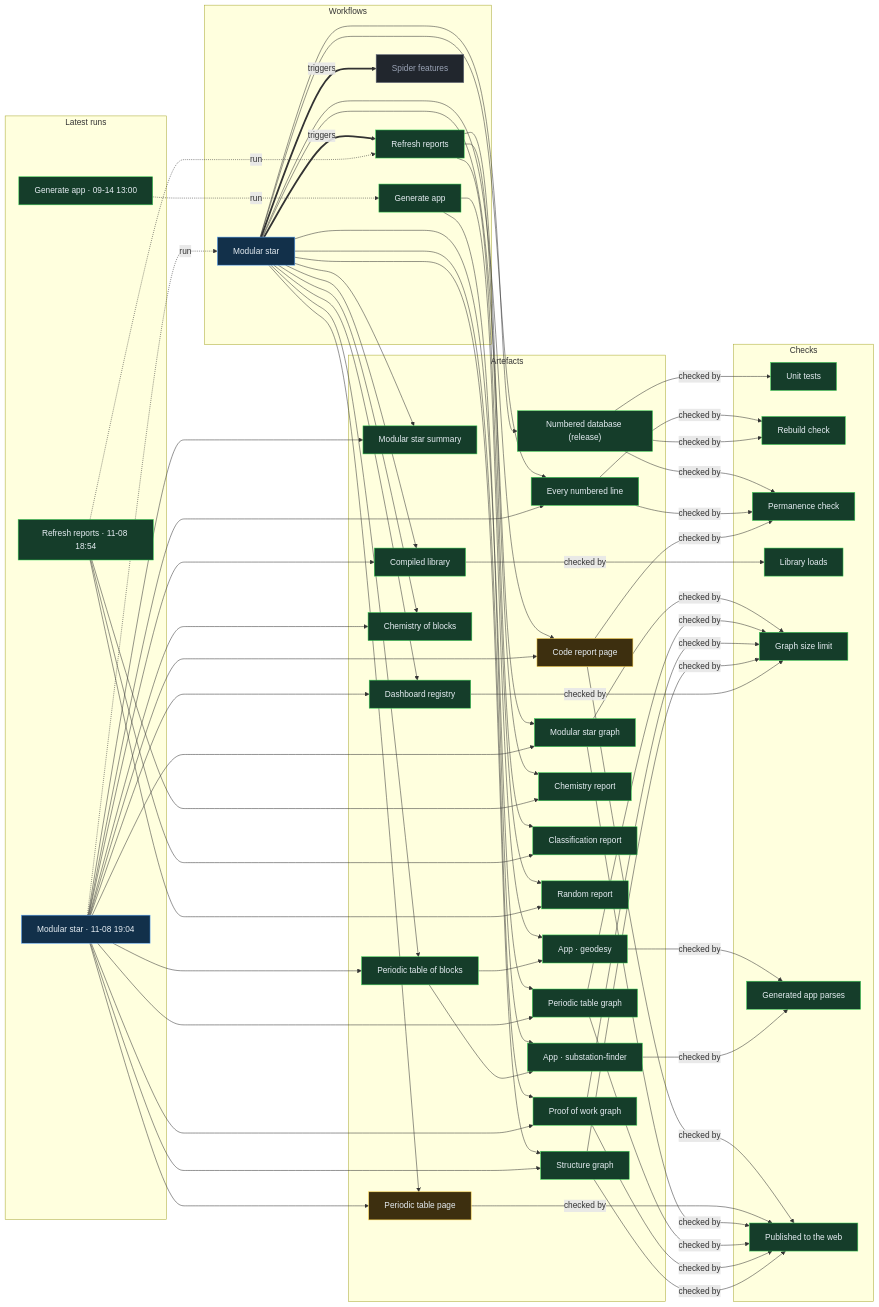
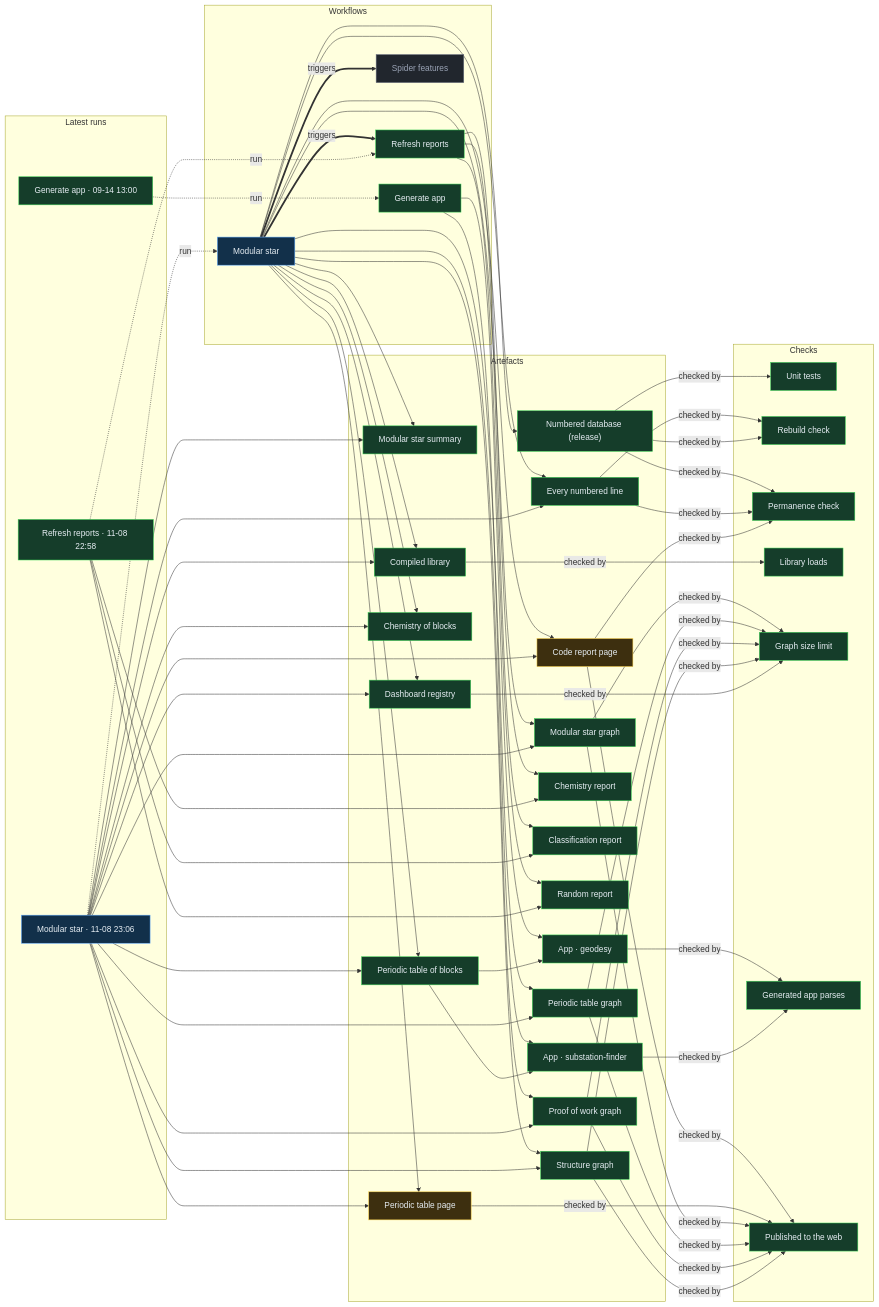
One commit to Ventusltd/stars changed the diagram in proof/PROOF.md. Above: the diagram before and after it, drawn with Mermaid. The commit also changed other lines of this file and 49 other files, not shown here.

Commit message:
Modular star 2026-11-08T23:08Z

```diff
--- a/proof/PROOF.md
+++ b/proof/PROOF.md
@@ -24,8 +24,8 @@
   n_wf_spider_features["Spider features"]:::off
   end
   subgraph g_runs["Latest runs"]
-  n_run_42513198892["Modular star · 11-08 19:04"]:::live
-  n_run_42512297762["Refresh reports · 11-08 18:54"]:::ok
+  n_run_42533521369["Modular star · 11-08 23:06"]:::live
+  n_run_42532827220["Refresh reports · 11-08 22:58"]:::ok
   n_run_34846587798["Generate app · 09-14 13:00"]:::ok
   end
   subgraph g_artefacts["Artefacts"]
@@ -59,39 +59,39 @@
   end
   n_wf_modular_star == triggers ==> n_wf_refresh
   n_wf_modular_star == triggers ==> n_wf_spider_features
-  n_run_42513198892 -. run .-> n_wf_modular_star
-  n_run_42512297762 -. run .-> n_wf_refresh
+  n_run_42533521369 -. run .-> n_wf_modular_star
+  n_run_42532827220 -. run .-> n_wf_refresh
   n_run_34846587798 -. run .-> n_wf_generate
   n_wf_modular_star --> n_art_summary
-  n_run_42513198892 --> n_art_summary
+  n_run_42533521369 --> n_art_summary
   n_wf_modular_star --> n_art_lines
-  n_run_42513198892 --> n_art_lines
+  n_run_42533521369 --> n_art_lines
   n_wf_modular_star --> n_art_code
-  n_run_42513198892 --> n_art_code
+  n_run_42533521369 --> n_art_code
   n_wf_modular_star --> n_art_modular_graph
-  n_run_42513198892 --> n_art_modular_graph
+  n_run_42533521369 --> n_art_modular_graph
   n_wf_modular_star --> n_art_blocks
-  n_run_42513198892 --> n_art_blocks
+  n_run_42533521369 --> n_art_blocks
   n_wf_modular_star --> n_art_table
-  n_run_42513198892 --> n_art_table
+  n_run_42533521369 --> n_art_table
   n_wf_modular_star --> n_art_blocks_graph
-  n_run_42513198892 --> n_art_blocks_graph
+  n_run_42533521369 --> n_art_blocks_graph
   n_wf_modular_star --> n_art_reactions
-  n_run_42513198892 --> n_art_reactions
+  n_run_42533521369 --> n_art_reactions
   n_wf_modular_star --> n_art_library
-  n_run_42513198892 --> n_art_library
+  n_run_42533521369 --> n_art_library
   n_wf_modular_star --> n_art_features
-  n_run_42513198892 --> n_art_features
+  n_run_42533521369 --> n_art_features
   n_wf_modular_star --> n_art_proof
-  n_run_42513198892 --> n_art_proof
+  n_run_42533521369 --> n_art_proof
   n_wf_modular_star --> n_art_structure
-  n_run_42513198892 --> n_art_structure
+  n_run_42533521369 --> n_art_structure
   n_wf_refresh --> n_art_chemistry
-  n_run_42512297762 --> n_art_chemistry
+  n_run_42532827220 --> n_art_chemistry
   n_wf_refresh --> n_art_vedic
-  n_run_42512297762 --> n_art_vedic
+  n_run_42532827220 --> n_art_vedic
   n_wf_refresh --> n_art_random
-  n_run_42512297762 --> n_art_random
+  n_run_42532827220 --> n_art_random
   n_wf_modular_star --> n_art_release
   n_wf_generate --> n_app_geodesy
   n_art_blocks --> n_app_geodesy
```
